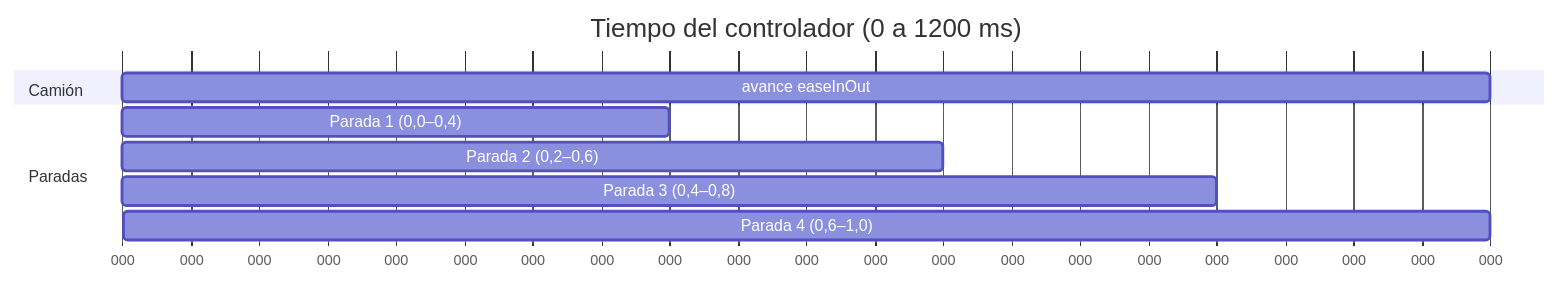
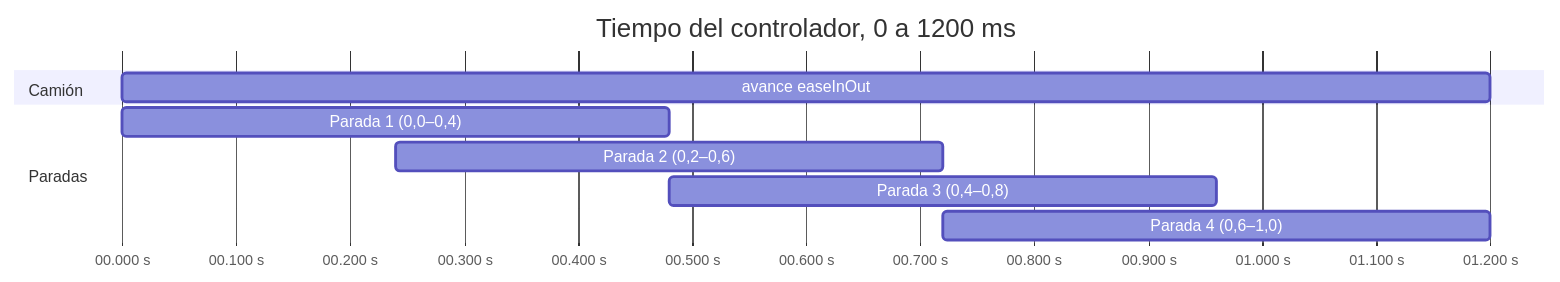
Before and after one commit to NICORUIZ93/The_Imperial_Book: the second of 5 diagrams in web/public/content/flutter/modulo-8.md, drawn with Mermaid. The commit also changed other lines of this file and 65 other files, not shown here.

````diff
--- a/web/public/content/flutter/modulo-8.md
+++ b/web/public/content/flutter/modulo-8.md
@@ -394,13 +545,13 @@
 ```mermaid
 gantt
-    title Tiempo del controlador (0 a 1200 ms)
-    dateFormat X
-    axisFormat %L
+    title Tiempo del controlador, 0 a 1200 ms
+    dateFormat x
+    axisFormat %S.%L s
     section Camión
     avance easeInOut      :0, 1200
     section Paradas
     Parada 1 (0,0–0,4)    :0, 480
     Parada 2 (0,2–0,6)    :240, 720
     Parada 3 (0,4–0,8)    :480, 960
     Parada 4 (0,6–1,0)    :720, 1200
 ```
````
